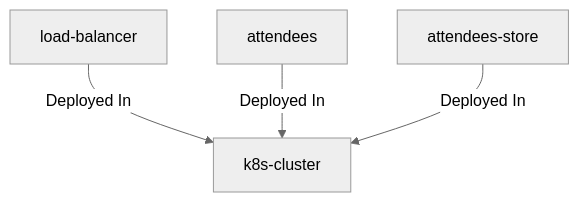
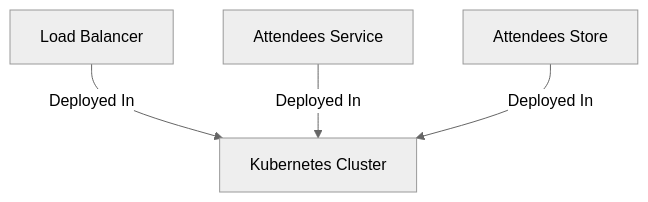
The diagram in cli/test_fixtures/getting-started/STEP-2/website/docs/relationships/deployed-in-k8s-cluster.md (finos/architecture-as-code), drawn with Mermaid (neutral theme) before and after one commit. The commit also changed 61 other files, not shown here.

First line of the commit message:
fix(calm-widgets): resolve node names instead of raw ids in related-nodes diagrams (#2883)

````diff
--- a/cli/test_fixtures/getting-started/STEP-2/website/docs/relationships/deployed-in-k8s-cluster.md
+++ b/cli/test_fixtures/getting-started/STEP-2/website/docs/relationships/deployed-in-k8s-cluster.md
@@ -28,7 +28,7 @@
 ```mermaid
 graph TD;
-load-balancer -- Deployed In --> k8s-cluster;
-attendees -- Deployed In --> k8s-cluster;
-attendees-store -- Deployed In --> k8s-cluster;
+load-balancer[Load Balancer] -- Deployed In --> k8s-cluster[Kubernetes Cluster];
+attendees[Attendees Service] -- Deployed In --> k8s-cluster[Kubernetes Cluster];
+attendees-store[Attendees Store] -- Deployed In --> k8s-cluster[Kubernetes Cluster];
 classDef highlight fill:#f2bbae;
 ```
````
